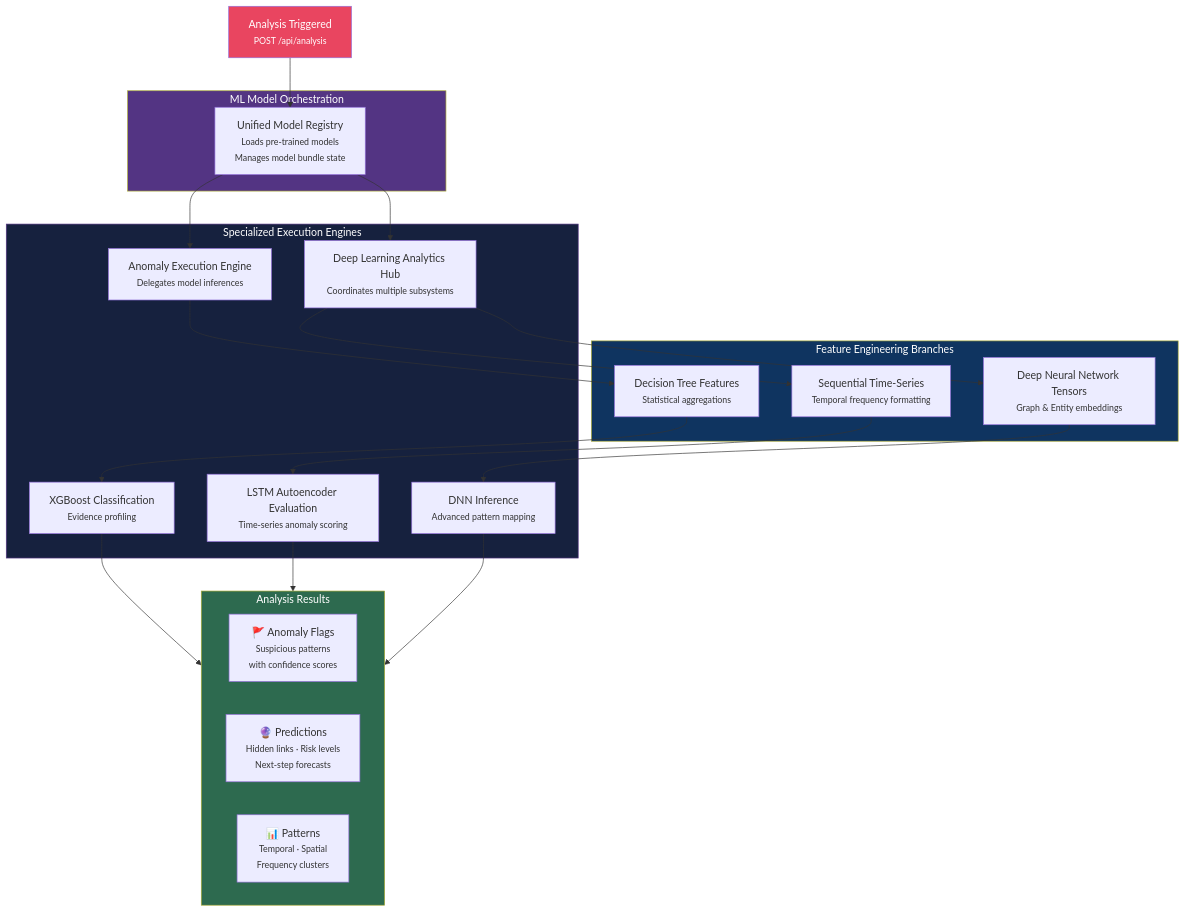
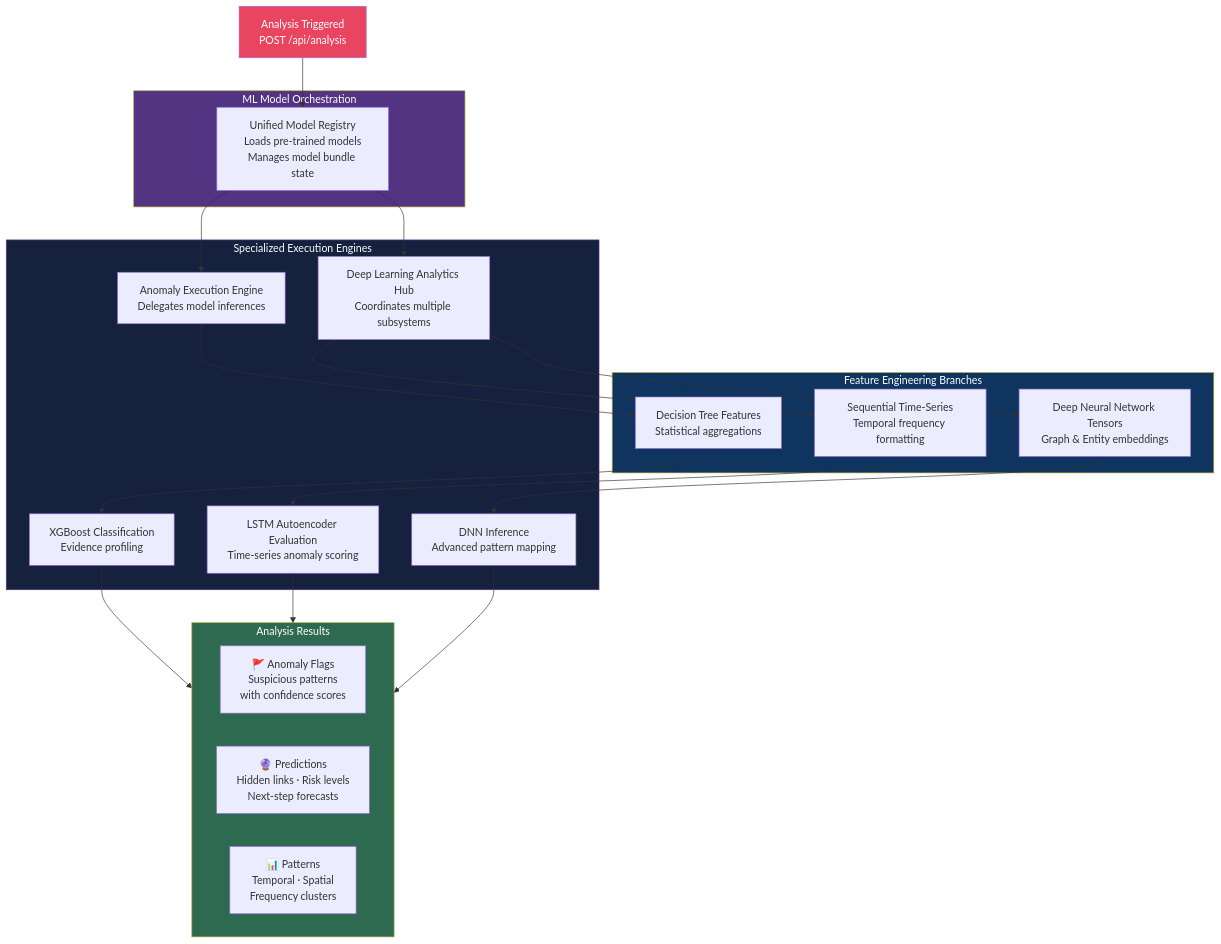
Before and after one commit to beingbrijesh/CopSight: the sixth of 7 diagrams in DATA-FLOW-DIAGRAM.md, drawn with Mermaid. The commit also changed other lines of this file and 4 other files, not shown here.

Commit message:
docs: Fix Mermaid diagram text cropping and add professional Contributors section

````diff
--- a/DATA-FLOW-DIAGRAM.md
+++ b/DATA-FLOW-DIAGRAM.md
@@ -284,48 +284,48 @@
 ```mermaid
 flowchart TD
-    Trigger["Analysis Triggered<br/><small>POST /api/analysis</small>"]
+    Trigger["Analysis Triggered<br/>POST /api/analysis"]
 
     subgraph Orchestration["ML Model Orchestration"]
-        Registry["Unified Model Registry<br/><small>Loads pre-trained models<br/>Manages model bundle state</small>"]
+        Registry["Unified Model Registry<br/>Loads pre-trained models<br/>Manages model bundle state"]
     end
 
     subgraph FeatureEng["Feature Engineering Branches"]
-        DecisionTreeFeats["Decision Tree Features<br/><small>Statistical aggregations</small>"]
-        TemporalFeats["Sequential Time-Series<br/><small>Temporal frequency formatting</small>"]
-        DNNFeats["Deep Neural Network Tensors<br/><small>Graph & Entity embeddings</small>"]
+        DecisionTreeFeats["Decision Tree Features<br/>Statistical aggregations"]
+        TemporalFeats["Sequential Time-Series<br/>Temporal frequency formatting"]
+        DNNFeats["Deep Neural Network Tensors<br/>Graph & Entity embeddings"]
     end
 
     subgraph Execution["Specialized Execution Engines"]
-        AnomalyEngine["Anomaly Execution Engine<br/><small>Delegates model inferences</small>"]
-        DeepLearningHub["Deep Learning Analytics Hub<br/><small>Coordinates multiple subsystems</small>"]
+        AnomalyEngine["Anomaly Execution Engine<br/>Delegates model inferences"]
+        DeepLearningHub["Deep Learning Analytics Hub<br/>Coordinates multiple subsystems"]
         
-        XGB["XGBoost Classification<br/><small>Evidence profiling</small>"]
-        LSTMAE["LSTM Autoencoder Evaluation<br/><small>Time-series anomaly scoring</small>"]
-        DNN["DNN Inference<br/><small>Advanced pattern mapping</small>"]
+        XGB["XGBoost Classification<br/>Evidence profiling"]
+        LSTMAE["LSTM Autoencoder Evaluation<br/>Time-series anomaly scoring"]
+        DNN["DNN Inference<br/>Advanced pattern mapping"]
     end
 
     subgraph Results["Analysis Results"]
-        AnomalyFlags["🚩 Anomaly Flags<br/><small>Suspicious patterns<br/>with confidence scores</small>"]
-        Predictions["🔮 Predictions<br/><small>Hidden links · Risk levels<br/>Next-step forecasts</small>"]
-        Patterns["📊 Patterns<br/><small>Temporal · Spatial<br/>Frequency clusters</small>"]
+        AnomalyFlags["🚩 Anomaly Flags<br/>Suspicious patterns<br/>with confidence scores"]
+        Predictions["🔮 Predictions<br/>Hidden links · Risk levels<br/>Next-step forecasts"]
+        Patterns["📊 Patterns<br/>Temporal · Spatial<br/>Frequency clusters"]
     end
 
     Trigger --> Registry
     Registry --> DeepLearningHub
     Registry --> AnomalyEngine
 
     DeepLearningHub --> TemporalFeats & DNNFeats
     AnomalyEngine --> DecisionTreeFeats
 
     DecisionTreeFeats --> XGB
     TemporalFeats --> LSTMAE
     DNNFeats --> DNN
 
     XGB & LSTMAE & DNN --> Results
 
     style Trigger fill:#e94560,color:#fff
     style Orchestration fill:#533483,color:#fff
     style FeatureEng fill:#0f3460,color:#fff
     style Execution fill:#16213e,stroke:#533483,color:#fff
     style Results fill:#2d6a4f,color:#fff
 ```
````
